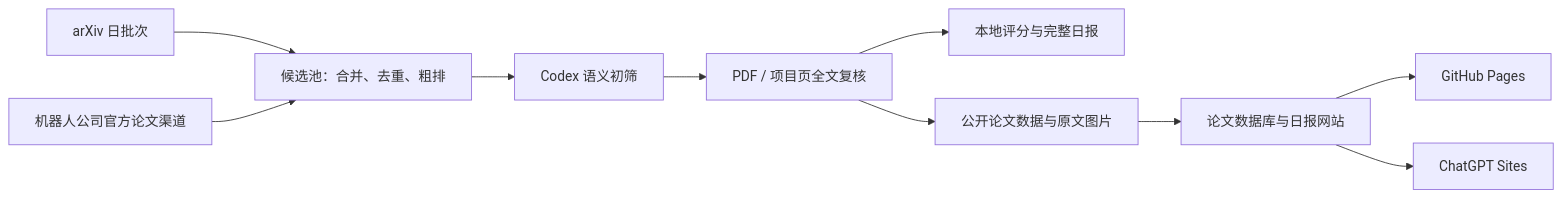
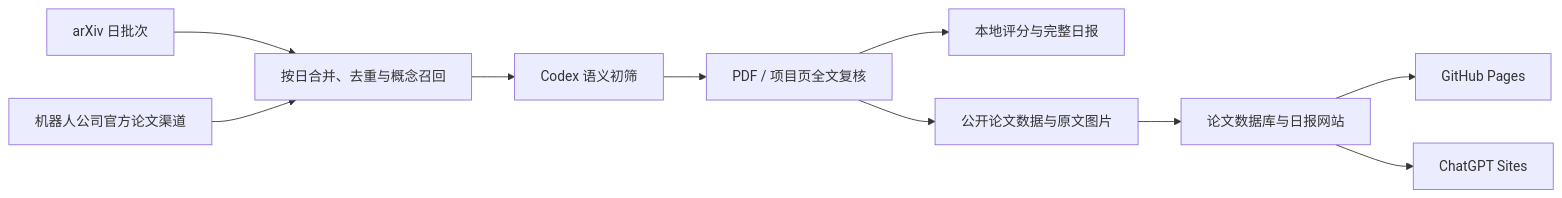
Before and after one commit to kaijunwang111/Automated-Paper-Reader-for-Robotics: the diagram in README.md, drawn with Mermaid. The commit also changed other lines of this file and 43 other files, not shown here.

````diff
--- a/README.md
+++ b/README.md
@@ -31,12 +31,12 @@
 ```mermaid
 flowchart LR
-    A["arXiv 日批次"] --> C["候选池：合并、去重、粗排"]
+    A["arXiv 日批次"] --> C["按日合并、去重与概念召回"]
     B["机器人公司官方论文渠道"] --> C
     C --> D["Codex 语义初筛"]
     D --> E["PDF / 项目页全文复核"]
     E --> F["本地评分与完整日报"]
     E --> G["公开论文数据与原文图片"]
     G --> H["论文数据库与日报网站"]
     H --> I["GitHub Pages"]
     H --> J["ChatGPT Sites"]
 ```
````
